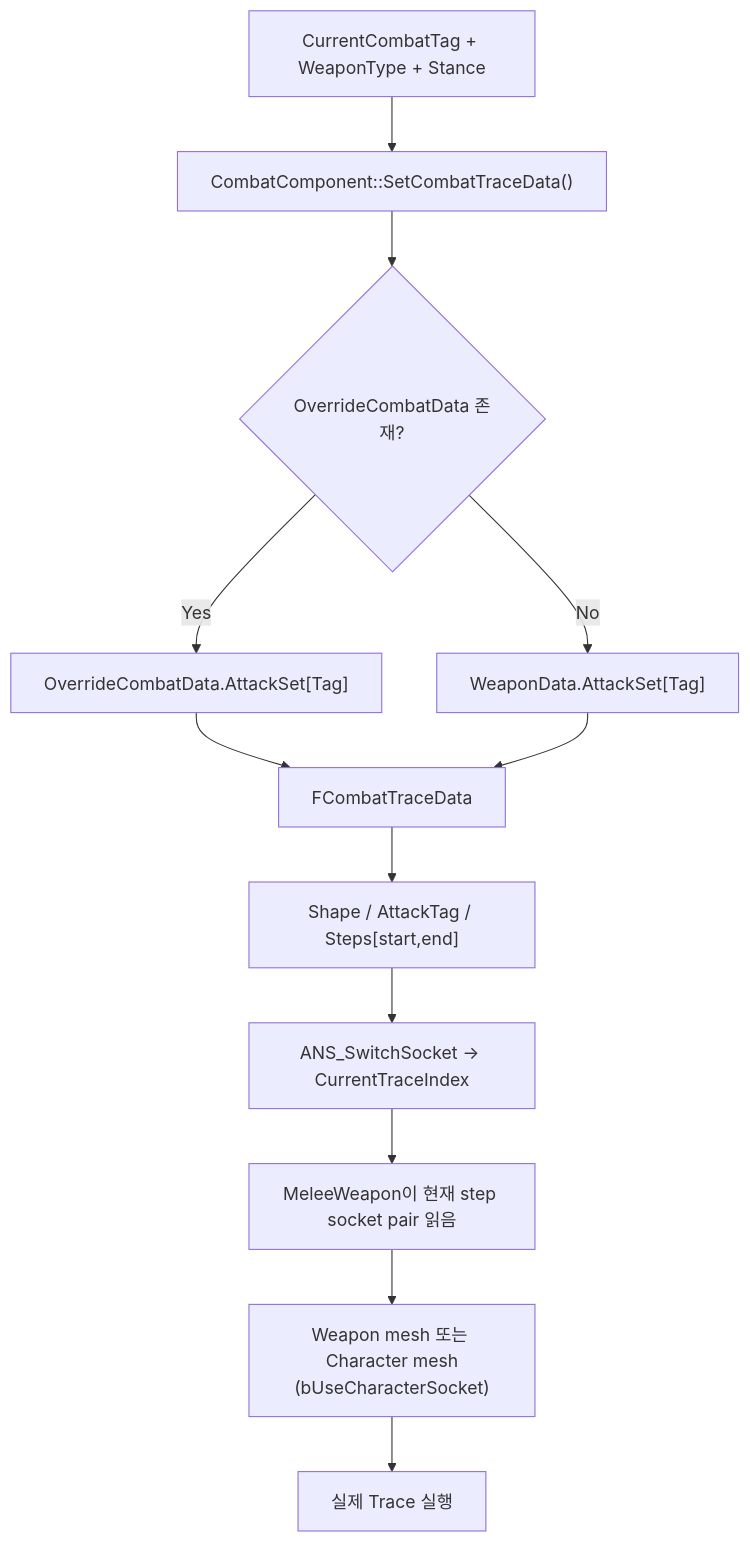
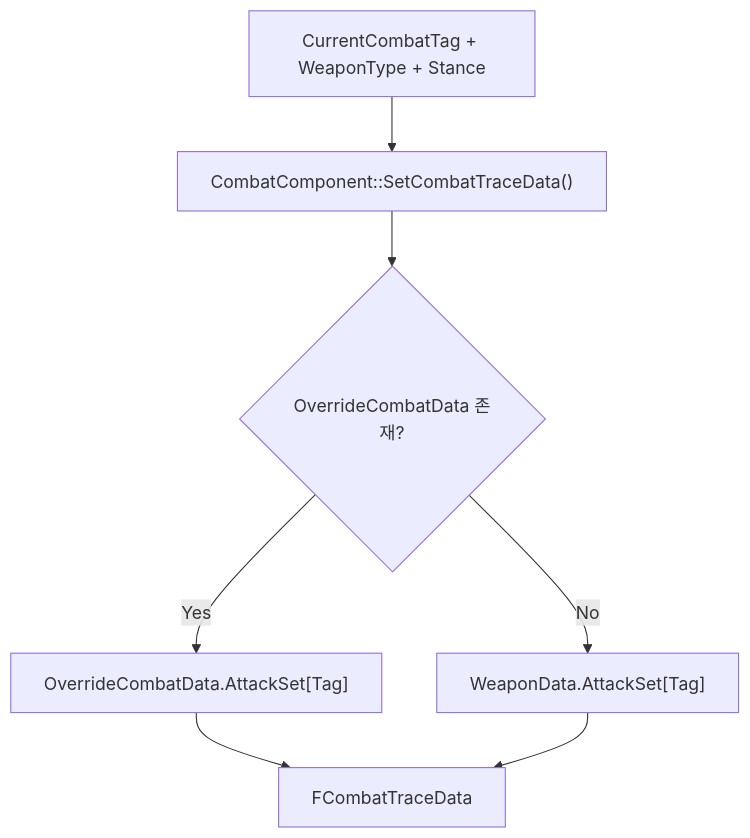
Before and after one commit to yeunseo0517-del/ActionCombat: the second of 2 diagrams in README.md, drawn with Mermaid.

````diff
--- a/README.md
+++ b/README.md
@@ -83,14 +83,9 @@
 ```mermaid
 flowchart TD
     A["CurrentCombatTag + WeaponType + Stance"] --> B["CombatComponent::SetCombatTraceData()"]
     B --> C{"OverrideCombatData 존재?"}
     C -->|Yes| D["OverrideCombatData.AttackSet[Tag]"]
     C -->|No| E["WeaponData.AttackSet[Tag]"]
     D --> F["FCombatTraceData"]
     E --> F
-    F --> G["Shape / AttackTag / Steps[start,end]"]
-    G --> H["ANS_SwitchSocket -> CurrentTraceIndex"]
-    H --> I["MeleeWeapon이 현재 step socket pair 읽음"]
-    I --> J["Weapon mesh 또는 Character mesh<br/>(bUseCharacterSocket)"]
-    J --> K["실제 Trace 실행"]
 ```
````
